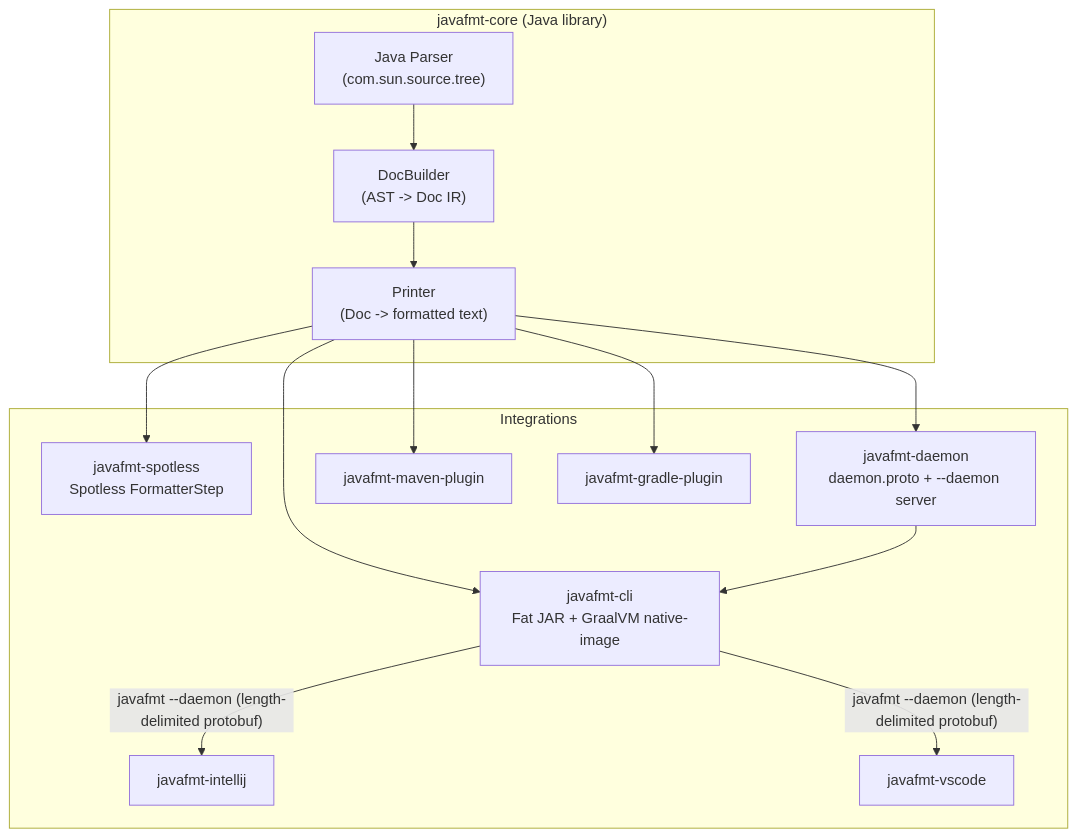
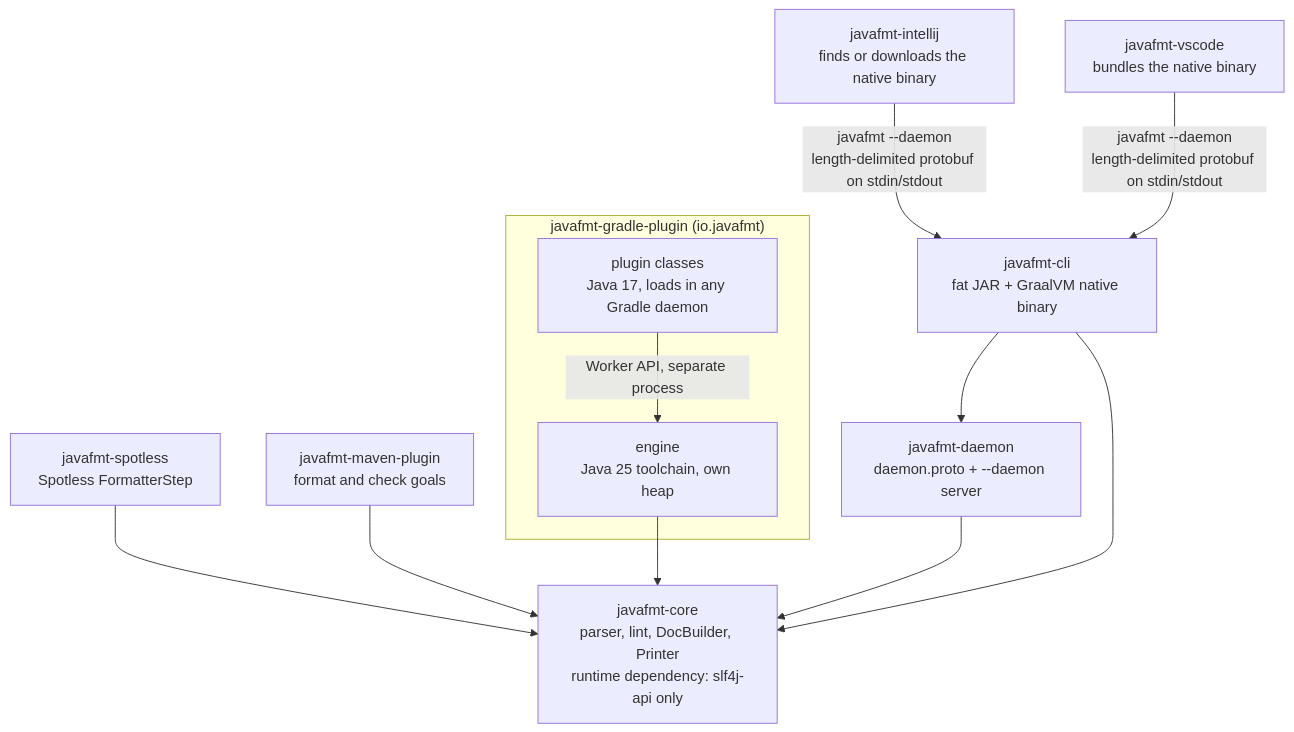
Before and after one commit to javafmt-io/javafmt: the second of 2 diagrams in ARCHITECTURE.md, drawn with Mermaid. The commit also changed other lines of this file, not shown here.

Commit message:
docs: reduce the architecture document to two diagrams

````diff
--- a/ARCHITECTURE.md
+++ b/ARCHITECTURE.md
@@ -7,26 +22,19 @@
 ```mermaid
-graph TD
-    subgraph "javafmt-core (Java library)"
-        A["Java Parser<br/>(com.sun.source.tree)"] --> B["DocBuilder<br/>(AST -> Doc IR)"]
-        B --> C["Printer<br/>(Doc -> formatted text)"]
+flowchart TB
+    core["javafmt-core<br/>parser, lint, DocBuilder, Printer<br/>runtime dependency: slf4j-api only"]
+
+    spotless["javafmt-spotless<br/>Spotless FormatterStep"] --> core
+    maven["javafmt-maven-plugin<br/>format and check goals"] --> core
+
+    subgraph gradle["javafmt-gradle-plugin (io.javafmt)"]
+        plugin["plugin classes<br/>Java 17, loads in any Gradle daemon"] -- "Worker API, separate process" --> engine["engine<br/>Java 25 toolchain, own heap"]
     end
+    engine --> core
 
-    subgraph Integrations
-        D["javafmt-spotless<br/>Spotless FormatterStep"]
-        E["javafmt-cli<br/>Fat JAR + GraalVM native-image"]
-        J["javafmt-daemon<br/>daemon.proto + --daemon server"]
-        F["javafmt-maven-plugin"]
-        I["javafmt-gradle-plugin"]
-        G["javafmt-intellij"]
-        H["javafmt-vscode"]
-    end
+    daemon["javafmt-daemon<br/>daemon.proto + --daemon server"] --> core
+    cli["javafmt-cli<br/>fat JAR + GraalVM native binary"] --> core
+    cli --> daemon
 
-    C --> D
-    C --> E
-    C --> F
-    C --> I
-    C --> J
-    J --> E
-    E -- "javafmt --daemon (length-delimited protobuf)" --> G
-    E -- "javafmt --daemon (length-delimited protobuf)" --> H
+    intellij["javafmt-intellij<br/>finds or downloads the native binary"] -- "javafmt --daemon<br/>length-delimited protobuf on stdin/stdout" --> cli
+    vscode["javafmt-vscode<br/>bundles the native binary"] -- "javafmt --daemon<br/>length-delimited protobuf on stdin/stdout" --> cli
 ```
````
